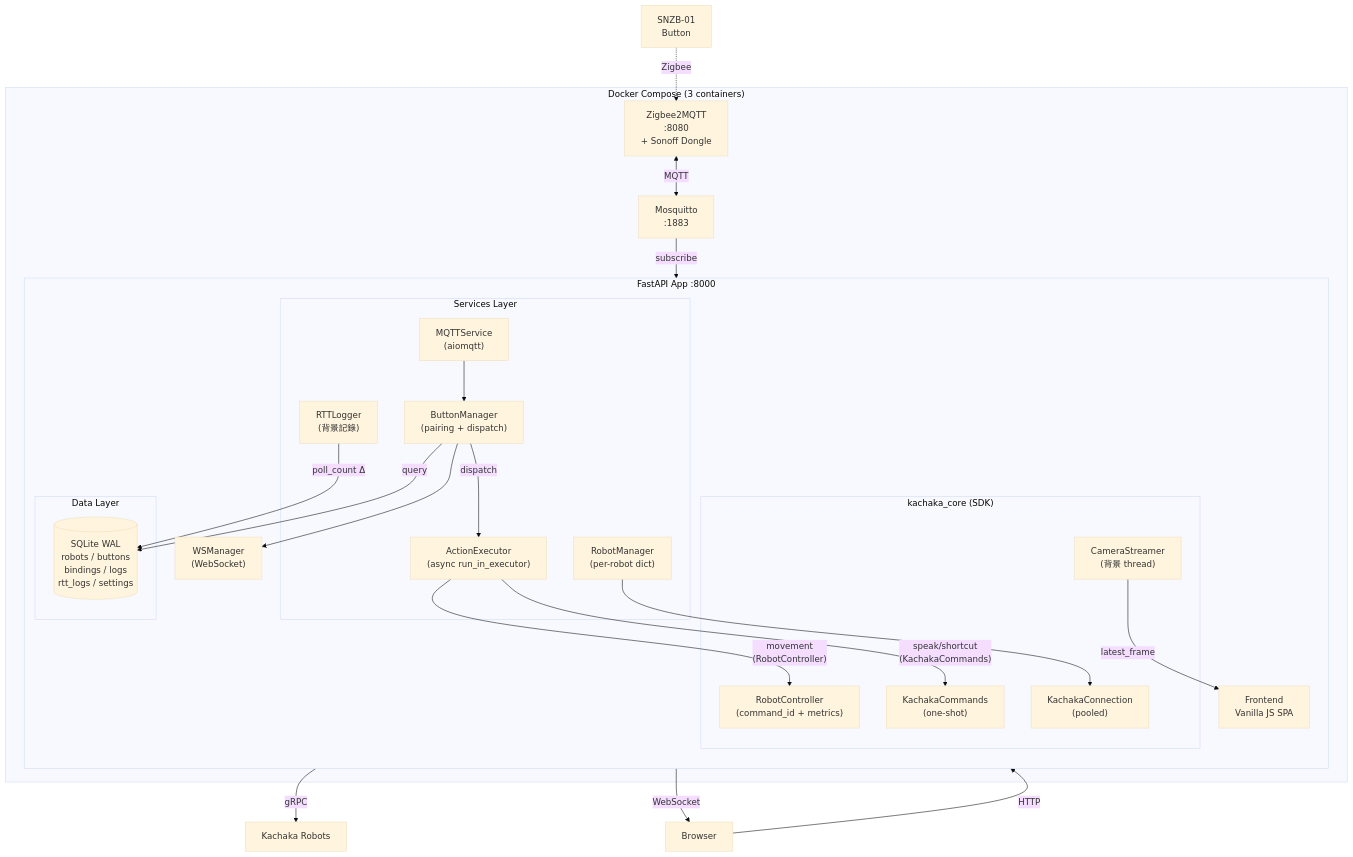
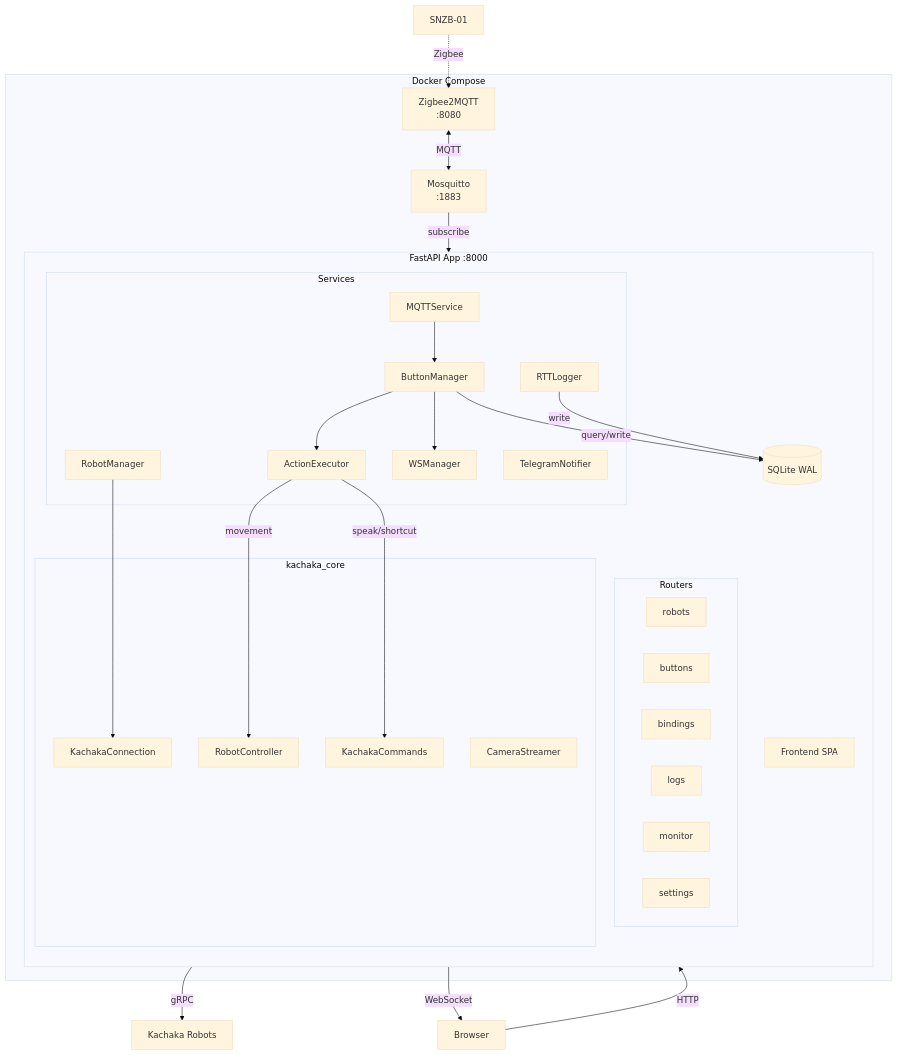
Before and after one commit to Sigma-Snaken/pi-zigbee: the second of 5 diagrams in README.md, drawn with Mermaid (base theme). The commit also changed other lines of this file, not shown here.

First line of the commit message:
docs: rewrite README with comprehensive hardware/software architecture

````diff
--- a/README.md
+++ b/README.md
@@ -36,44 +54,50 @@
 ```mermaid
 graph TD
-    subgraph Docker["Docker Compose (3 containers)"]
+    subgraph Docker["Docker Compose"]
         MQTT["Mosquitto<br/>:1883"]
-        Z2M["Zigbee2MQTT<br/>:8080<br/>+ Sonoff Dongle"]
+        Z2M["Zigbee2MQTT<br/>:8080"]
         subgraph App["FastAPI App :8000"]
             direction TB
-            subgraph Services["Services Layer"]
-                RM["RobotManager<br/>(per-robot dict)"]
-                AE["ActionExecutor<br/>(async run_in_executor)"]
-                BM["ButtonManager<br/>(pairing + dispatch)"]
-                MS["MQTTService<br/>(aiomqtt)"]
-                RTT["RTTLogger<br/>(背景記錄)"]
+            subgraph Routers["Routers"]
+                RR["robots"]
+                RB["buttons"]
+                RBD["bindings"]
+                RL["logs"]
+                RM["monitor"]
+                RS["settings"]
             end
-            subgraph Core["kachaka_core (SDK)"]
-                CONN["KachakaConnection<br/>(pooled)"]
-                CTRL["RobotController<br/>(command_id + metrics)"]
-                CMD["KachakaCommands<br/>(one-shot)"]
-                CS["CameraStreamer<br/>(背景 thread)"]
+            subgraph Services["Services"]
+                SRM["RobotManager"]
+                SAE["ActionExecutor"]
+                SBM["ButtonManager"]
+                SMS["MQTTService"]
+                SRT["RTTLogger"]
+                SWS["WSManager"]
+                SNT["TelegramNotifier"]
             end
-            subgraph Data["Data Layer"]
-                DB[("SQLite WAL<br/>robots / buttons<br/>bindings / logs<br/>rtt_logs / settings")]
+            subgraph SDK["kachaka_core"]
+                CONN["KachakaConnection"]
+                CTRL["RobotController"]
+                CMD["KachakaCommands"]
+                CS["CameraStreamer"]
             end
-            FE["Frontend<br/>Vanilla JS SPA"]
-            WS["WSManager<br/>(WebSocket)"]
+            DB[("SQLite WAL")]
+            FE["Frontend SPA"]
         end
     end
 
-    SNZB["SNZB-01<br/>Button"] -.->|Zigbee| Z2M
+    SNZB["SNZB-01"] -.->|Zigbee| Z2M
     Z2M <-->|MQTT| MQTT
-    MQTT -->|subscribe| MS
-    MS --> BM
-    BM -->|query| DB
-    BM -->|dispatch| AE
-    AE -->|"movement<br/>(RobotController)"| CTRL
-    AE -->|"speak/shortcut<br/>(KachakaCommands)"| CMD
-    RM --> CONN
+    MQTT -->|subscribe| SMS
+    SMS --> SBM
+    SBM --> SAE
+    SBM -->|query/write| DB
+    SAE -->|movement| CTRL
+    SAE -->|speak/shortcut| CMD
+    SRM --> CONN
     CONN -->|gRPC| Kachaka["Kachaka Robots"]
-    RTT -->|"poll_count Δ"| DB
-    CS -->|"latest_frame"| FE
-    BM --> WS
-    WS -->|WebSocket| Browser["Browser"]
+    SRT -->|write| DB
+    SBM --> SWS
+    SWS -->|WebSocket| Browser["Browser"]
     Browser -->|HTTP| FE
 ```
````
